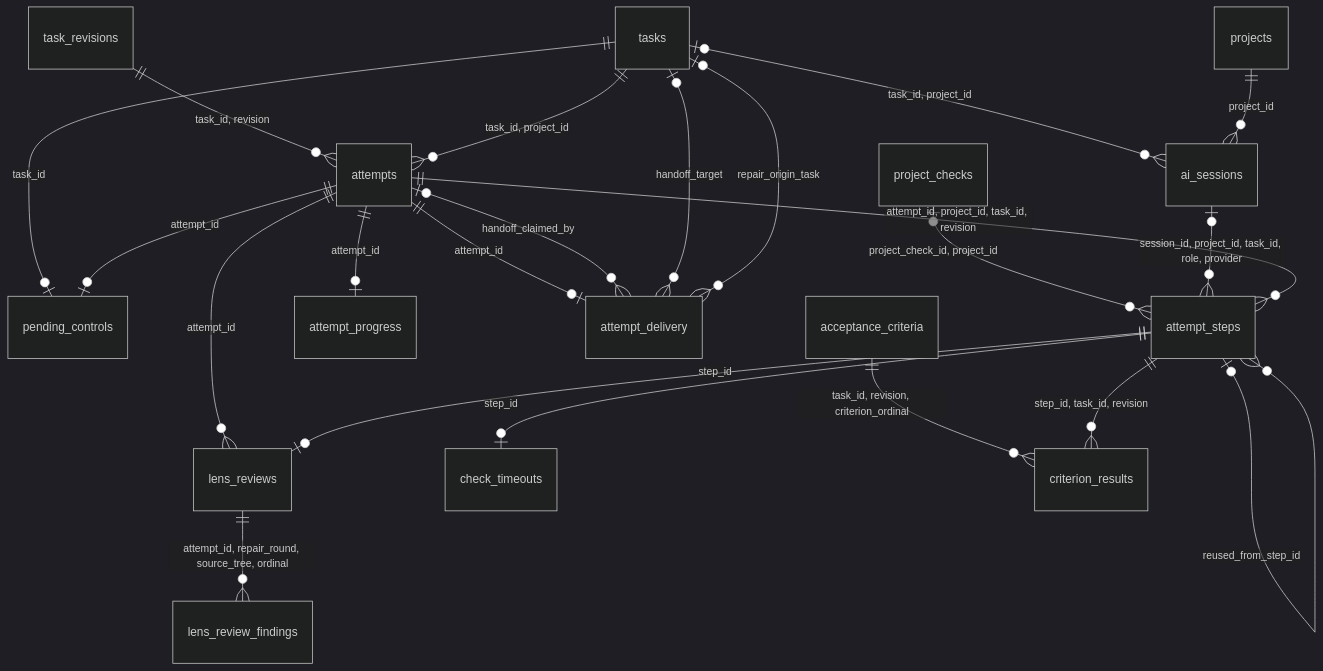
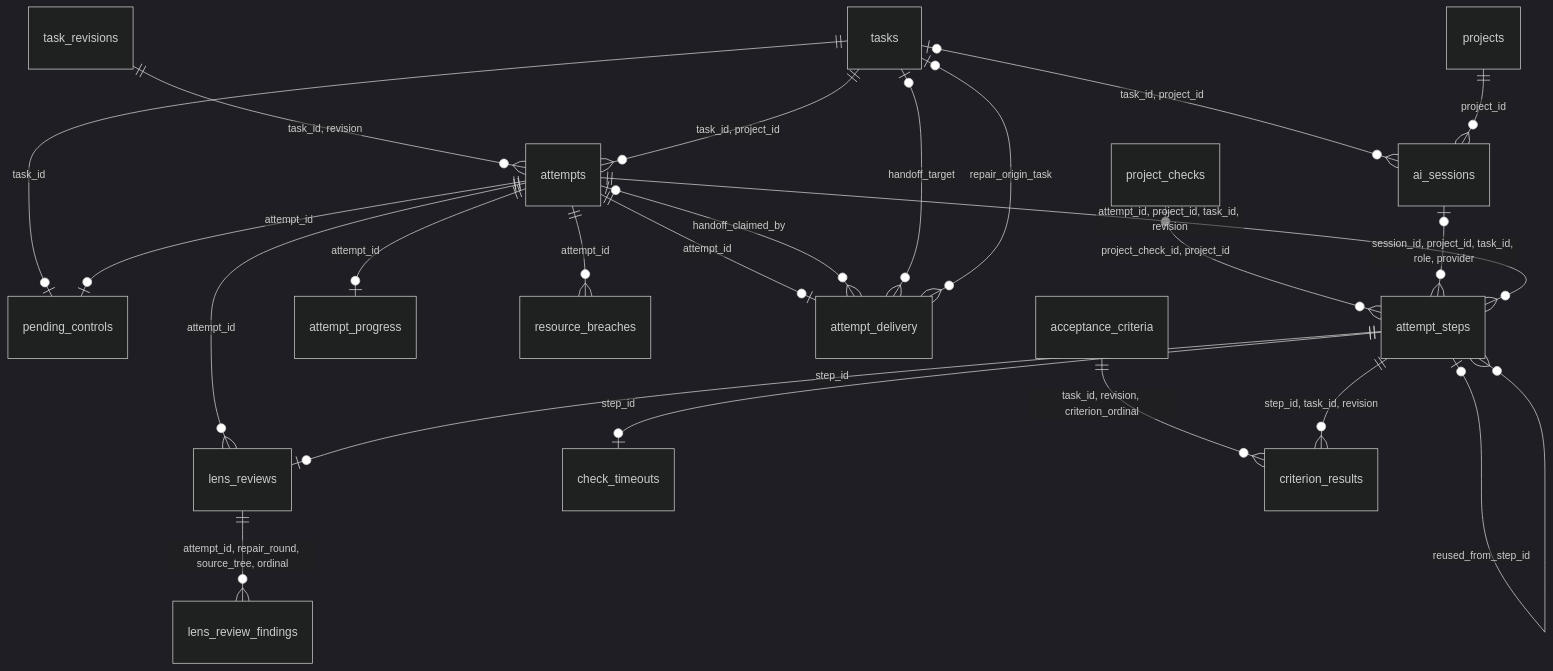
One commit to IllyaYalovyy/ktask-rs changed the second of 3 diagrams in docs/STORAGE.md. Above: the diagram before and after it, drawn with Mermaid (dark theme). The commit also changed other lines of this file and 37 other files, not shown here.

````diff
--- a/docs/STORAGE.md
+++ b/docs/STORAGE.md
@@ -270,24 +270,25 @@
 ```mermaid
 erDiagram
     task_revisions ||--o{ attempts : "task_id, revision"
     tasks ||--o{ attempts : "task_id, project_id"
     tasks ||--o| pending_controls : "task_id"
     attempts ||--o| pending_controls : "attempt_id"
     tasks o|--o{ ai_sessions : "task_id, project_id"
     projects ||--o{ ai_sessions : "project_id"
     project_checks o|--o{ attempt_steps : "project_check_id, project_id"
     ai_sessions o|--o{ attempt_steps : "session_id, project_id, task_id, role, provider"
     attempts ||--o| attempt_progress : "attempt_id"
     attempts ||--o{ lens_reviews : "attempt_id"
     attempt_steps ||--o| lens_reviews : "step_id"
     attempt_steps ||--o| check_timeouts : "step_id"
+    attempts ||--o{ resource_breaches : "attempt_id"
     lens_reviews ||--o{ lens_review_findings : "attempt_id, repair_round, source_tree, ordinal"
     attempts ||--o| attempt_delivery : "attempt_id"
     attempts o|--o{ attempt_delivery : "handoff_claimed_by"
     tasks o|--o{ attempt_delivery : "handoff_target"
     tasks o|--o{ attempt_delivery : "repair_origin_task"
     attempts ||--o{ attempt_steps : "attempt_id, project_id, task_id, revision"
     attempt_steps o|--o{ attempt_steps : "reused_from_step_id"
     acceptance_criteria ||--o{ criterion_results : "task_id, revision, criterion_ordinal"
     attempt_steps ||--o{ criterion_results : "step_id, task_id, revision"
 ```
````
